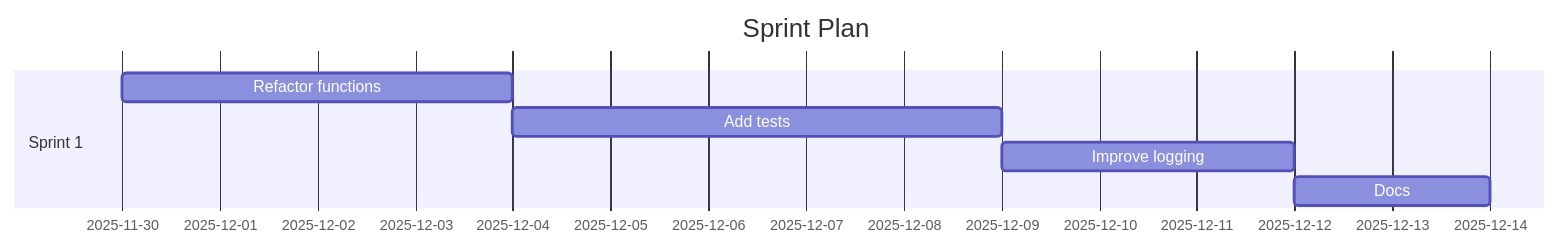
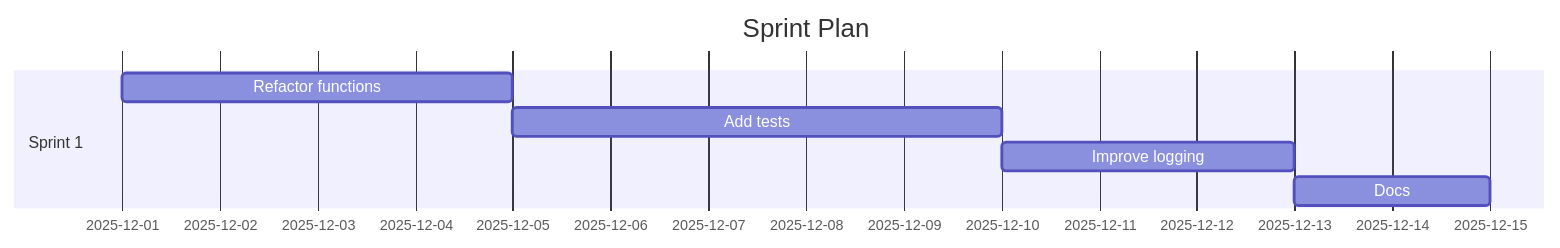
Before and after one commit to Anselmoo/mcp-ai-agent-guidelines: the diagram in demos/demo-code-analysis.sprint.md, drawn with Mermaid. The commit also changed other lines of this file and 52 other files, not shown here.

````diff
--- a/demos/demo-code-analysis.sprint.md
+++ b/demos/demo-code-analysis.sprint.md
@@ -59,11 +59,11 @@
 ```mermaid
 gantt
 	dateFormat  YYYY-MM-DD
 	title Sprint Plan
 %% Accessibility: Title=Project Sprint Plan; Description=Gantt chart of sprints and tasks over time. %%
   section Sprint 1
-  Refactor functions :s1t0, 2025-11-30, 4d
-  Add tests :s1t1, 2025-12-04, 5d
-  Improve logging :s1t2, 2025-12-09, 3d
-  Docs :s1t3, 2025-12-12, 2d
+  Refactor functions :s1t0, 2025-12-01, 4d
+  Add tests :s1t1, 2025-12-05, 5d
+  Improve logging :s1t2, 2025-12-10, 3d
+  Docs :s1t3, 2025-12-13, 2d
 ```
````
